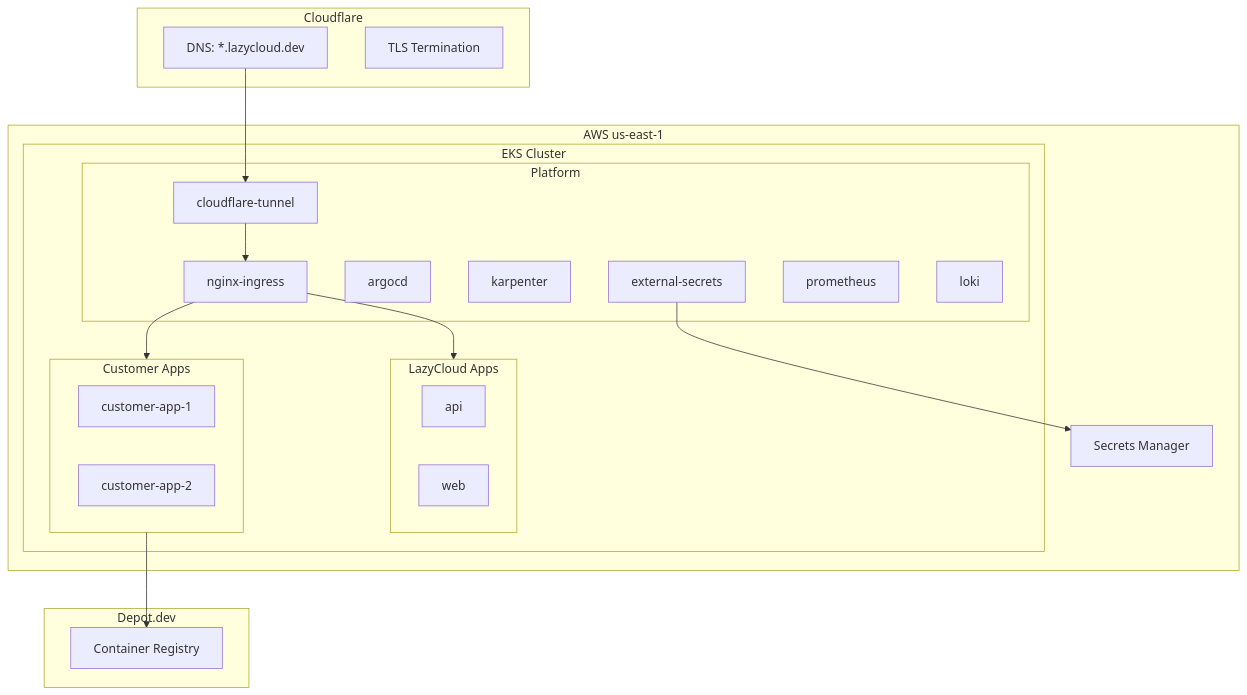
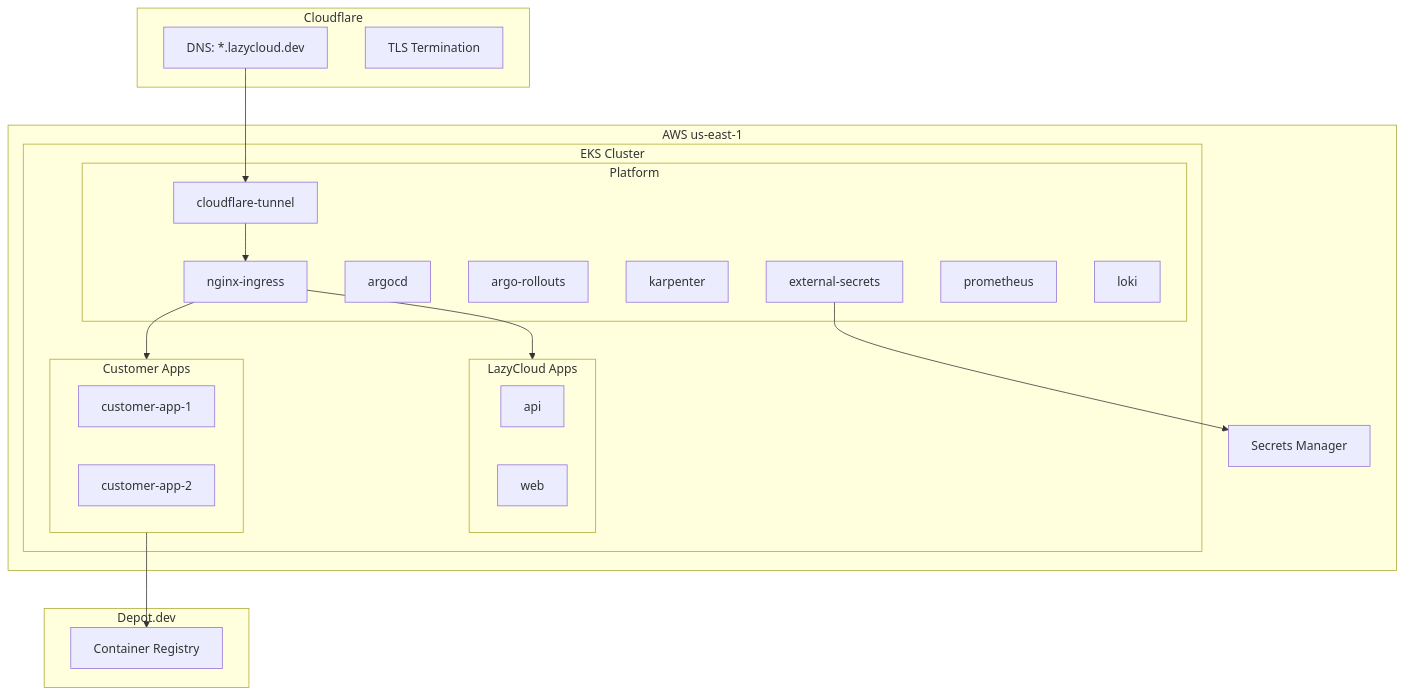
Before and after one commit to AmbientWare/lazycloud: the second of 5 diagrams in docs/architecture.md, drawn with Mermaid. The commit also changed other lines of this file and 10 other files, not shown here.

````diff
--- a/docs/architecture.md
+++ b/docs/architecture.md
@@ -30,44 +30,45 @@
 ```mermaid
 flowchart TB
     subgraph Cloudflare
         DNS[DNS: *.lazycloud.dev]
         TLS[TLS Termination]
     end
 
     subgraph AWS[AWS us-east-1]
         subgraph EKS[EKS Cluster]
             subgraph Platform
                 Tunnel[cloudflare-tunnel]
                 NGINX[nginx-ingress]
                 ArgoCD[argocd]
+                Rollouts[argo-rollouts]
                 Karpenter[karpenter]
                 ESO[external-secrets]
                 Prometheus[prometheus]
                 Loki[loki]
             end
 
             subgraph LazyCloud[LazyCloud Apps]
                 API[api]
                 Web[web]
             end
 
             subgraph Customer[Customer Apps]
                 App1[customer-app-1]
                 App2[customer-app-2]
             end
         end
 
         SM[Secrets Manager]
     end
 
     subgraph Depot[Depot.dev]
         Registry[Container Registry]
     end
 
     DNS --> Tunnel
     Tunnel --> NGINX
     NGINX --> LazyCloud
     NGINX --> Customer
     ESO --> SM
     Customer --> Registry
 ```
````
